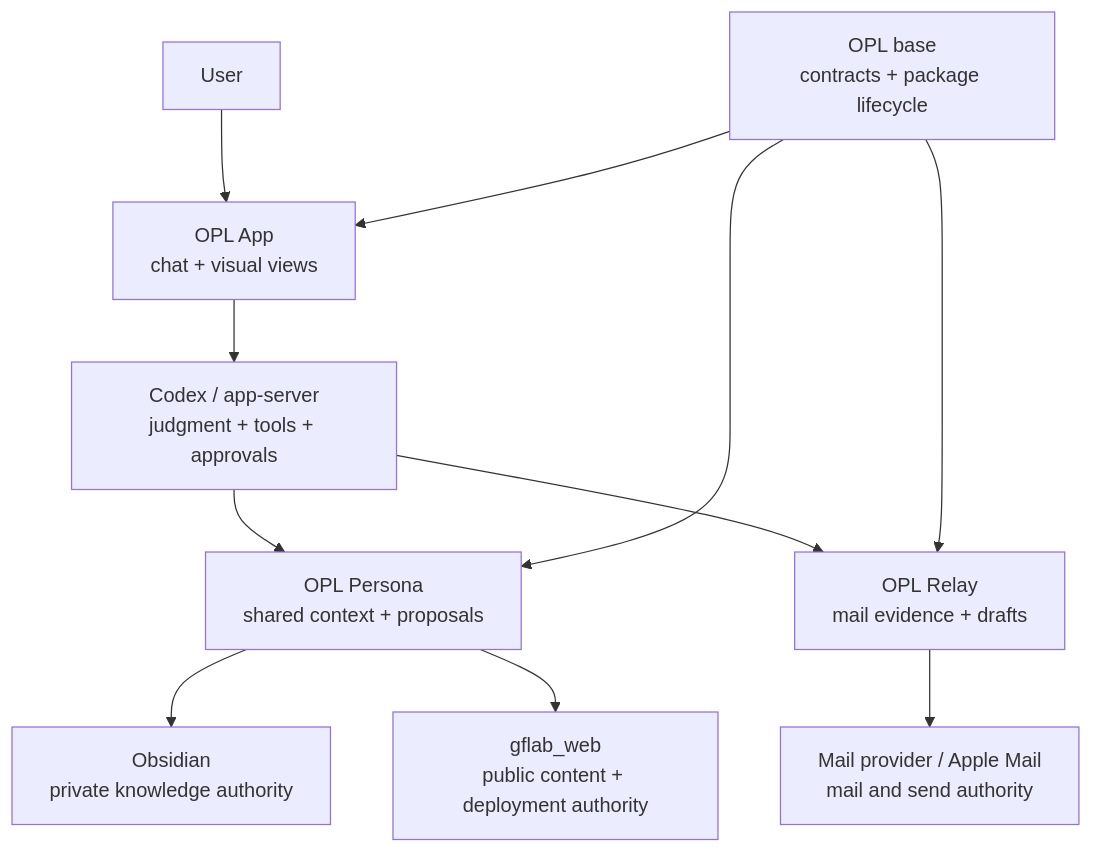
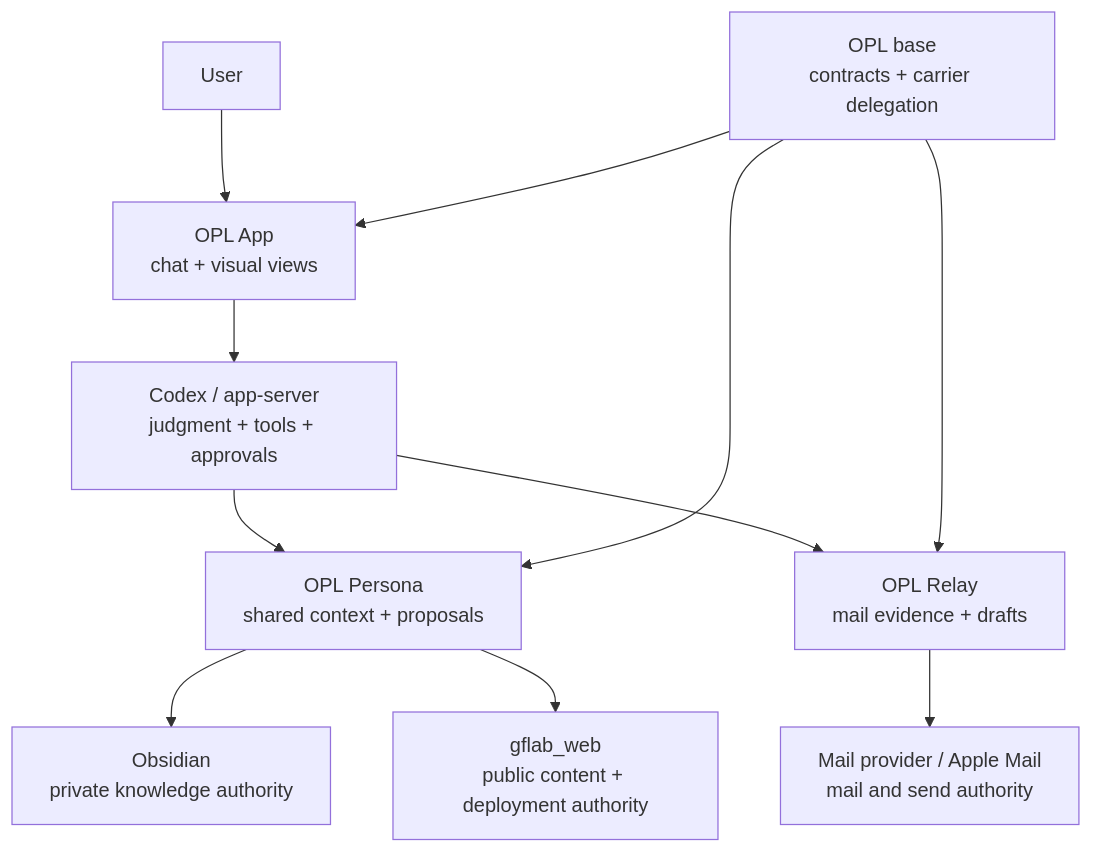
Before and after one commit to gaofeng21cn/opl-persona: the diagram in docs/architecture-guidance.md, drawn with Mermaid. The commit also changed other lines of this file and 5 other files, not shown here.

Commit message:
docs: align Persona package lifecycle authority

````diff
--- a/docs/architecture-guidance.md
+++ b/docs/architecture-guidance.md
@@ -43,13 +44,13 @@
 ```mermaid
 flowchart TB
     U["User"] --> APP["OPL App\nchat + visual views"]
     APP --> RT["Codex / app-server\njudgment + tools + approvals"]
     RT --> P["OPL Persona\nshared context + proposals"]
     RT --> R["OPL Relay\nmail evidence + drafts"]
     P --> O["Obsidian\nprivate knowledge authority"]
     P --> W["gflab_web\npublic content + deployment authority"]
     R --> M["Mail provider / Apple Mail\nmail and send authority"]
-    BASE["OPL base\ncontracts + package lifecycle"] --> APP
+    BASE["OPL base\ncontracts + carrier delegation"] --> APP
     BASE --> P
     BASE --> R
 ```
````
